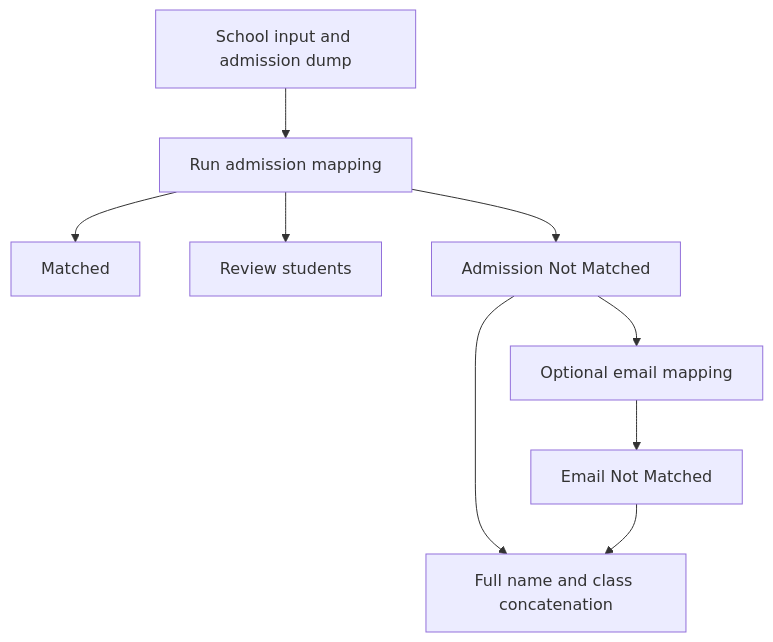
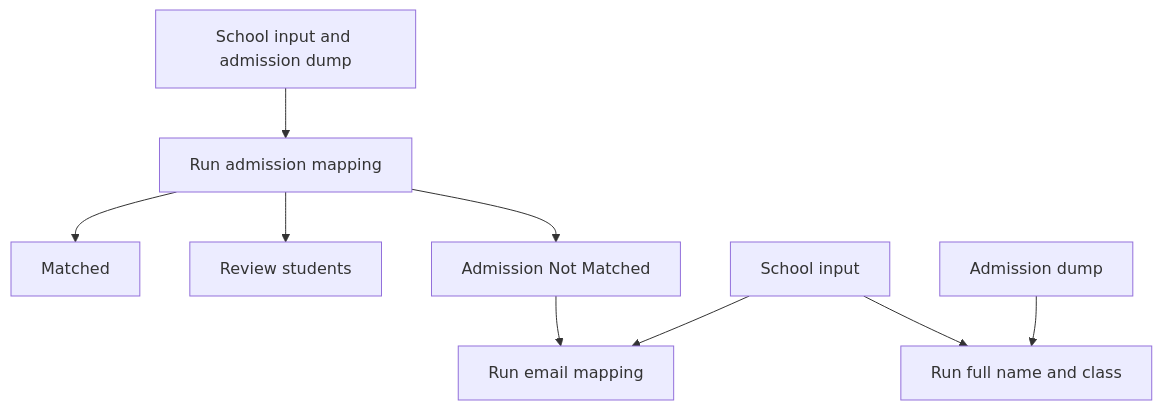
Before and after one commit to shivamMittal088816/python-automation: the second of 3 diagrams in docs/SESSION_AND_DATA_FLOW.md, drawn with Mermaid. The commit also changed other lines of this file and 60 other files, not shown here.

First line of the commit message:
Refactor Email and Full Name Class Mapping Pages

````diff
--- a/docs/SESSION_AND_DATA_FLOW.md
+++ b/docs/SESSION_AND_DATA_FLOW.md
@@ -241,11 +240,11 @@
 ```mermaid
 flowchart TD
     Files[School input and admission dump] --> Admission[Run admission mapping]
     Admission --> Matched[Matched]
     Admission --> Review["Review students"]
     Admission --> Misses[Admission Not Matched]
-    Misses --> Email[Optional email mapping]
-    Misses --> Class[Full name and class concatenation]
-    Email --> EmailMisses[Email Not Matched]
-    EmailMisses --> Class
+    School[School input] --> Email[Run email mapping]
+    Misses --> Email
+    School --> Class[Run full name and class]
+    Dump[Admission dump] --> Class
 ```
````
